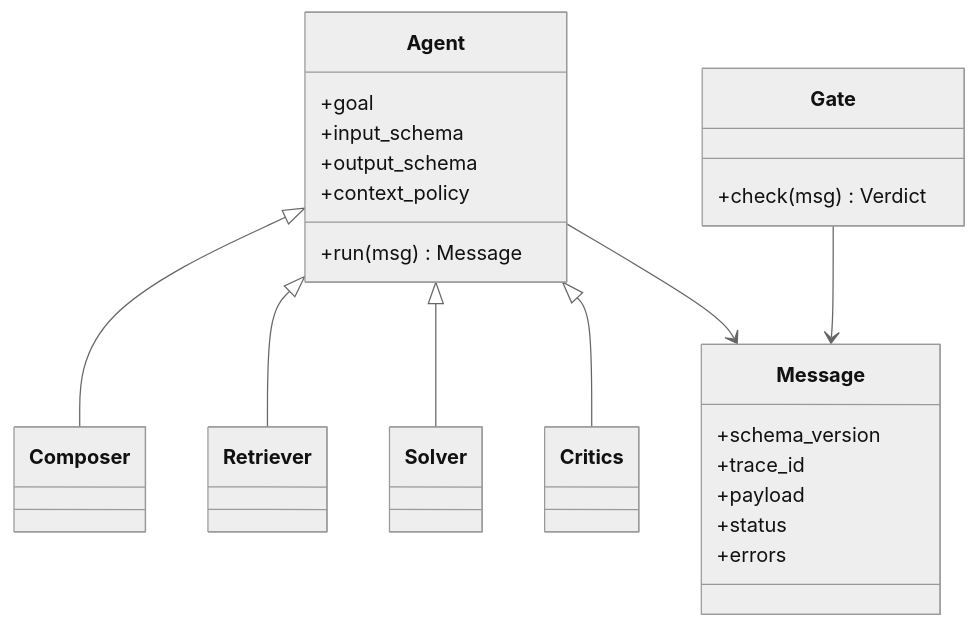
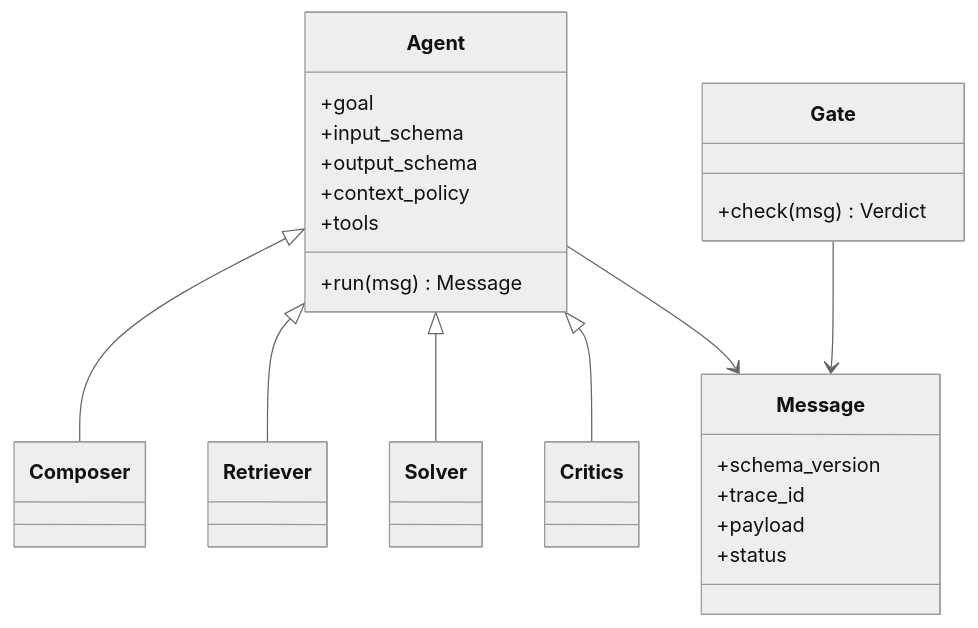
The seventh of 16 diagrams in docs/ct-slide-plan.en.md (ndmhuy/ASTRA), drawn with Mermaid (neutral theme) before and after one commit. The commit also changed other lines of this file and 1 other file, not shown here.

````diff
--- a/docs/ct-slide-plan.en.md
+++ b/docs/ct-slide-plan.en.md
@@ -365,26 +306,26 @@
 ```mermaid
 classDiagram
     class Agent {
       +goal
       +input_schema
       +output_schema
       +context_policy
+      +tools
       +run(msg) Message
     }
     class Message {
       +schema_version
       +trace_id
       +payload
       +status
-      +errors
     }
     class Gate {
       +check(msg) Verdict
     }
     Agent <|-- Composer
     Agent <|-- Retriever
     Agent <|-- Solver
     Agent <|-- Critics
     Agent --> Message
     Gate --> Message
 ```
````
